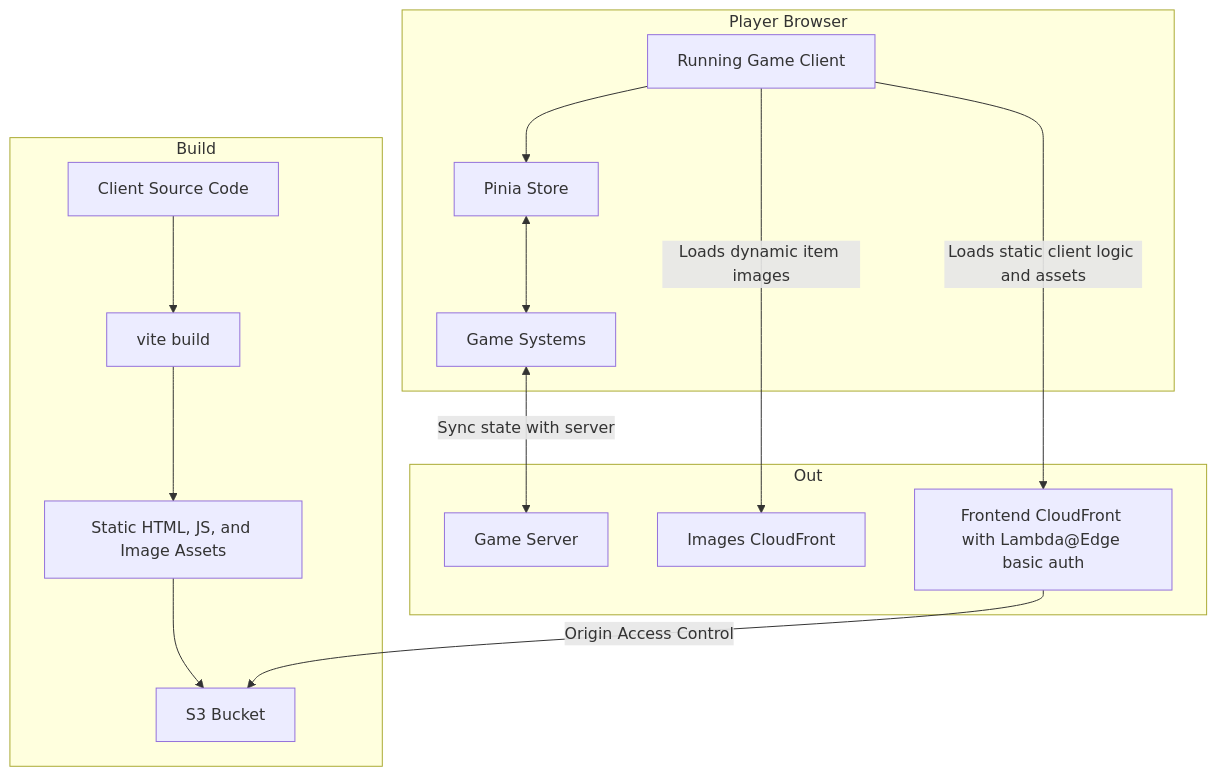
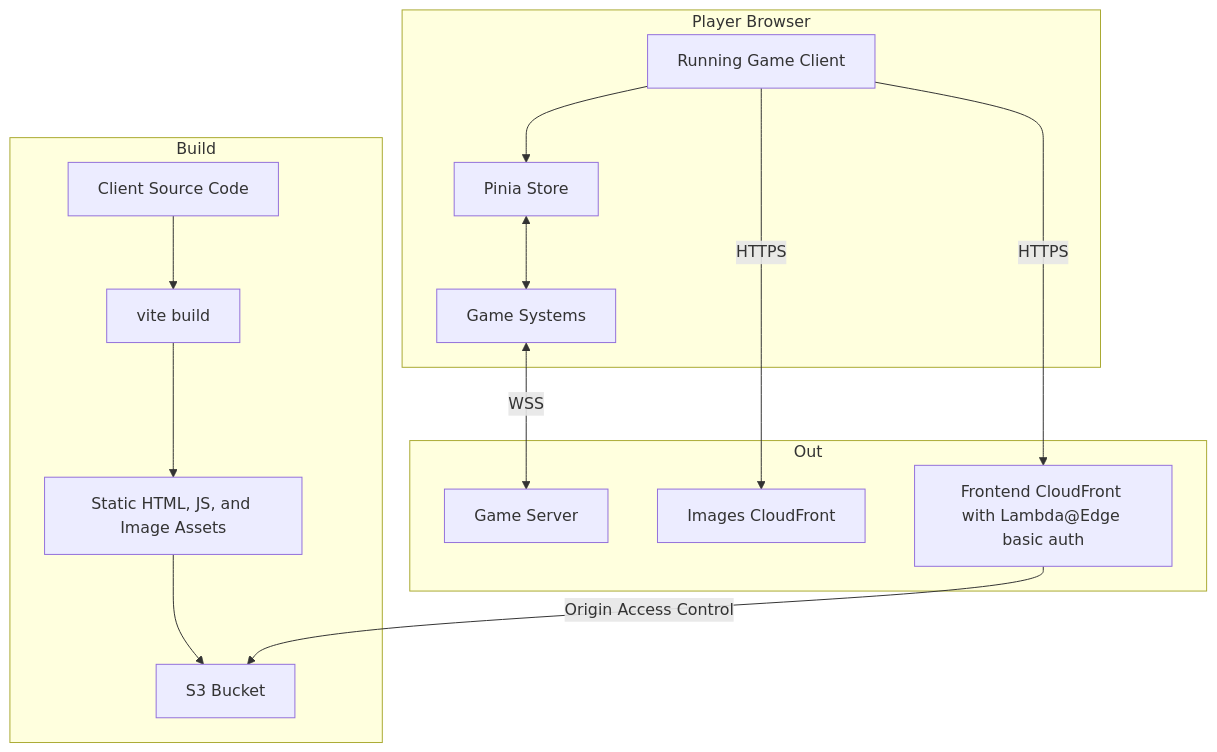
One commit to kirodotdev/spirit-of-kiro changed the second of 4 diagrams in docs/appsec-overview.md. Above: the diagram before and after it, drawn with Mermaid. The commit also changed other lines of this file and 6 other files, not shown here.

Commit message:
End to end HTTPS / WSS

````diff
--- a/docs/appsec-overview.md
+++ b/docs/appsec-overview.md
@@ -21,29 +14,29 @@
 ```mermaid
 graph TB
     subgraph Player Browser
         UI[Running Game Client]
         Store[Pinia Store]
         Systems[Game Systems]
         UI --> Store
         Store <--> Systems
         
     end
 
     subgraph Out
         WS[Game Server]
         ImageDist[Images CloudFront]
         FrontendDist[Frontend CloudFront with Lambda@Edge basic auth]
     end
 
     subgraph Build
        Repo[Client Source Code]
        viteBuild[vite build]
        static[Static HTML, JS, and Image Assets]
        S3[S3 Bucket]
        Repo --> viteBuild --> static --> S3
     end
 
-    Systems <-->|Sync state with server|WS
-    UI -->|Loads dynamic item images|ImageDist
-    UI -->|Loads static client logic and assets|FrontendDist -->|Origin Access Control|S3
+    Systems <-->|WSS|WS
+    UI -->|HTTPS|ImageDist
+    UI -->|HTTPS|FrontendDist -->|Origin Access Control|S3
 ```
````
